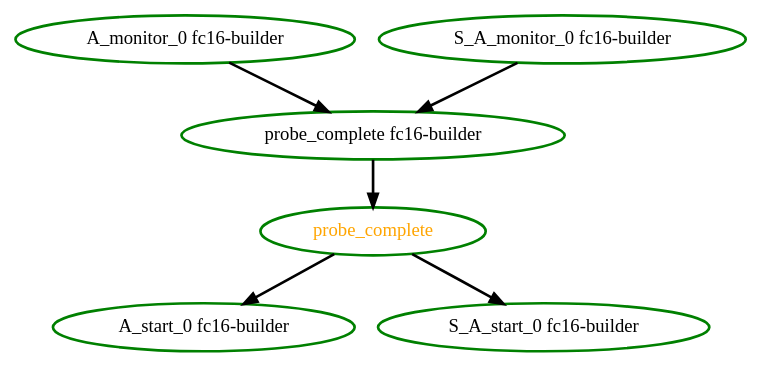
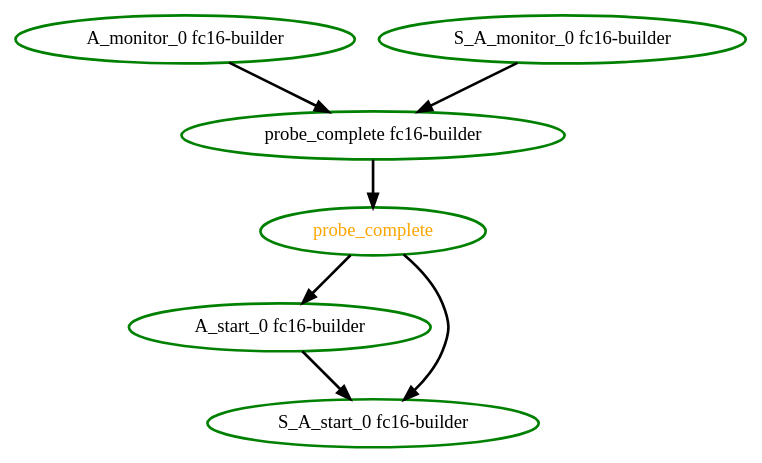
The diagram in pengine/test10/ignore_stonith_rsc_order1.dot (ClusterLabs/pacemaker), drawn with Graphviz before and after one commit. The commit also changed 12 other files, not shown here.

```diff
--- a/pengine/test10/ignore_stonith_rsc_order1.dot
+++ b/pengine/test10/ignore_stonith_rsc_order1.dot
@@ -1,13 +1,14 @@
  digraph "g" {
 "A_monitor_0 fc16-builder" -> "probe_complete fc16-builder" [ style = bold]
 "A_monitor_0 fc16-builder" [ style=bold color="green" fontcolor="black"]
+"A_start_0 fc16-builder" -> "S_A_start_0 fc16-builder" [ style = bold]
 "A_start_0 fc16-builder" [ style=bold color="green" fontcolor="black"]
 "S_A_monitor_0 fc16-builder" -> "probe_complete fc16-builder" [ style = bold]
 "S_A_monitor_0 fc16-builder" [ style=bold color="green" fontcolor="black"]
 "S_A_start_0 fc16-builder" [ style=bold color="green" fontcolor="black"]
 "probe_complete fc16-builder" -> "probe_complete" [ style = bold]
 "probe_complete fc16-builder" [ style=bold color="green" fontcolor="black"]
 "probe_complete" -> "A_start_0 fc16-builder" [ style = bold]
 "probe_complete" -> "S_A_start_0 fc16-builder" [ style = bold]
 "probe_complete" [ style=bold color="green" fontcolor="orange"]
 }
```
